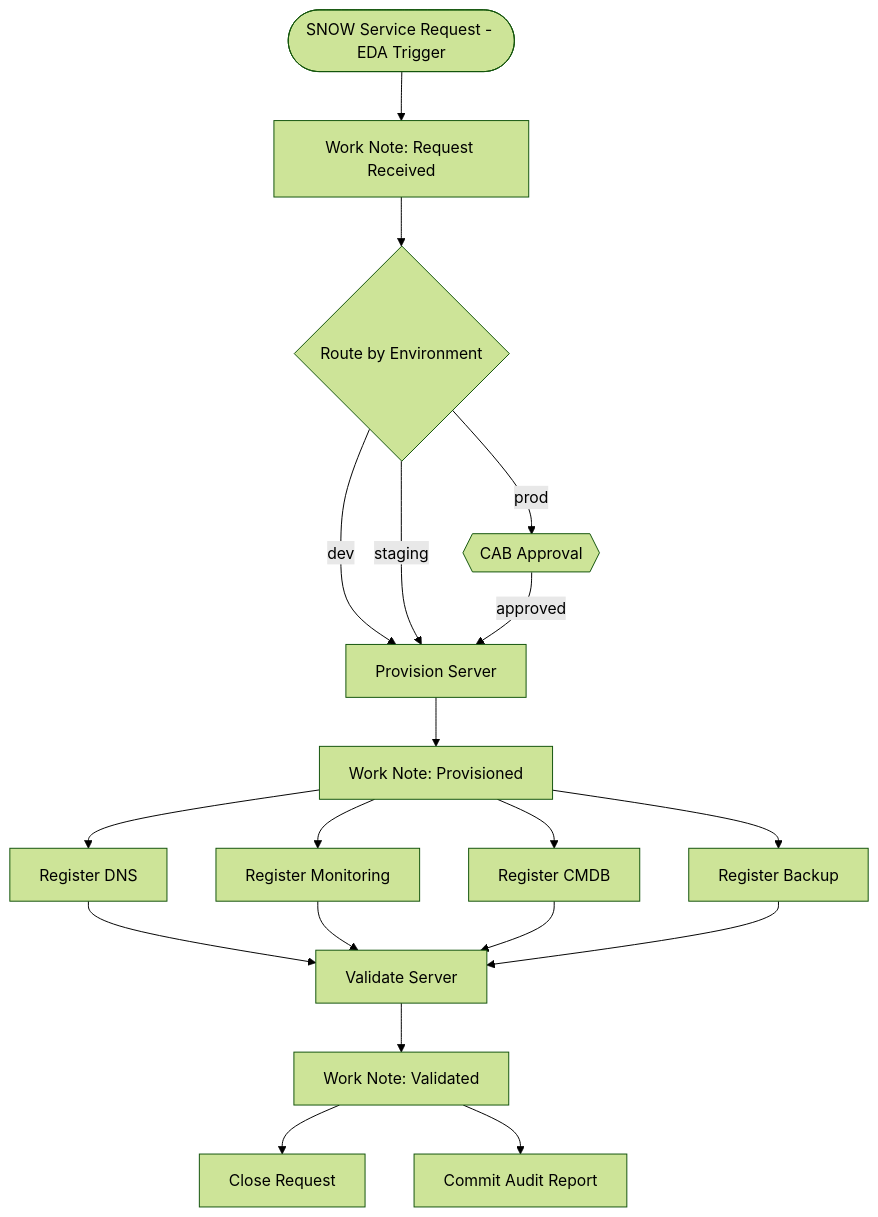
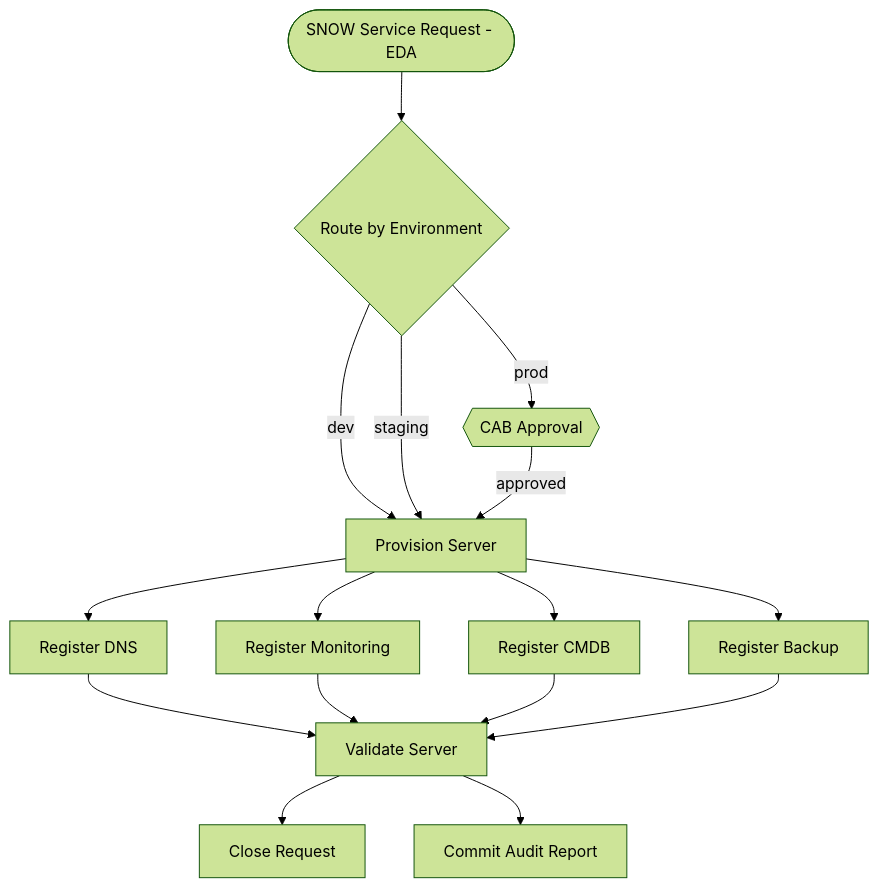
The diagram in README.md (crenwick93/ao-overview-demo), drawn with Mermaid (forest theme) before and after one commit. The commit also changed other lines of this file and 5 other files, not shown here.

Commit message:
Move SNOW work notes into playbooks, clean workflow to 10 nodes

````diff
--- a/README.md
+++ b/README.md
@@ -27,25 +27,22 @@
 ```mermaid
 flowchart TD
-    trigger([SNOW Service Request - EDA Trigger]) --> note1[Work Note: Request Received]
-    note1 --> sw{Route by Environment}
+    trigger([SNOW Service Request - EDA]) --> sw{Route by Environment}
 
     sw -- dev --> provision[Provision Server]
     sw -- staging --> provision
     sw -- prod --> approval{{CAB Approval}}
     approval -- approved --> provision
 
-    provision --> note2[Work Note: Provisioned]
-    note2 --> dns[Register DNS]
-    note2 --> mon[Register Monitoring]
-    note2 --> cmdb[Register CMDB]
-    note2 --> bak[Register Backup]
+    provision --> dns[Register DNS]
+    provision --> mon[Register Monitoring]
+    provision --> cmdb[Register CMDB]
+    provision --> bak[Register Backup]
 
     dns --> validate[Validate Server]
     mon --> validate
     cmdb --> validate
     bak --> validate
 
-    validate --> note3[Work Note: Validated]
-    note3 --> close[Close Request]
-    note3 --> git[Commit Audit Report]
+    validate --> close[Close Request]
+    validate --> git[Commit Audit Report]
 ```
````
